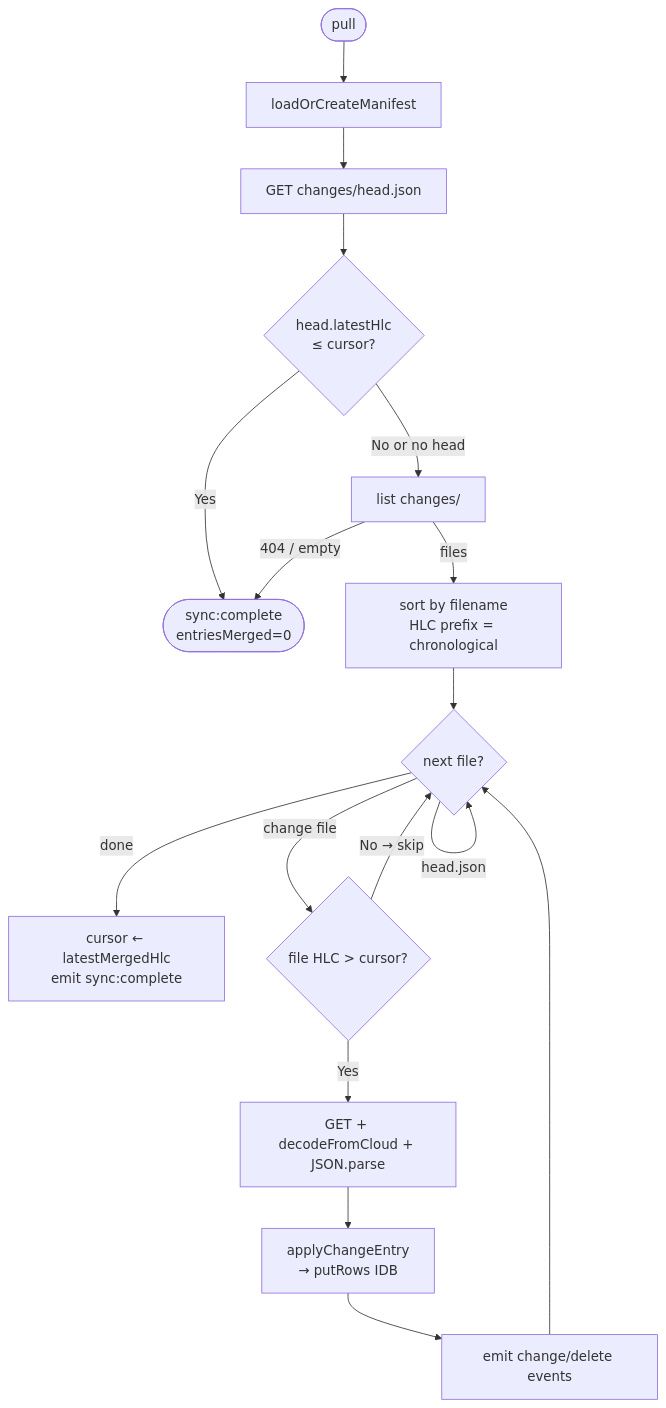
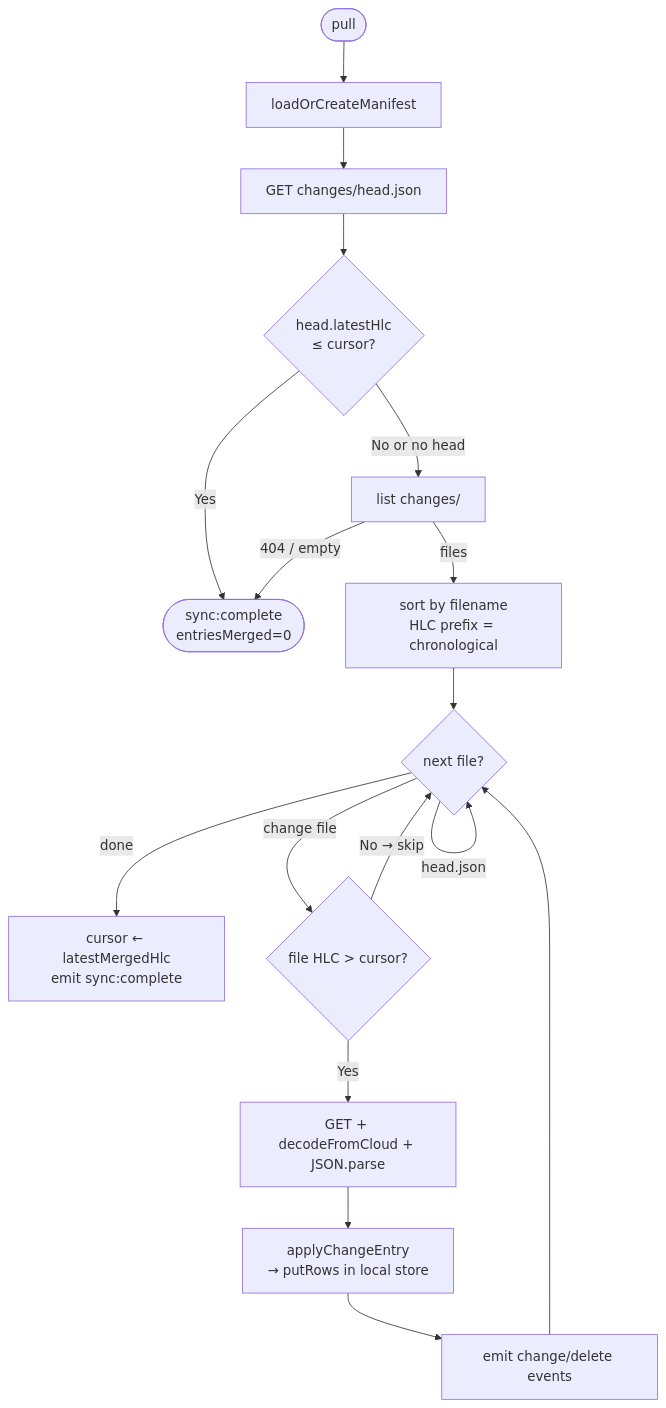
The first of 7 diagrams in docs/flows.md (Machine-Garden/interocitor), drawn with Mermaid before and after one commit. The commit also changed other lines of this file and 107 other files, not shown here.

````diff
--- a/docs/flows.md
+++ b/docs/flows.md
@@ -7,19 +11,19 @@
 ```mermaid
 flowchart TD
     A([pull]) --> B[loadOrCreateManifest]
     B --> C[GET changes/head.json]
     C --> D{head.latestHlc\n≤ cursor?}
     D -- Yes --> SKIP([sync:complete\nentriesMerged=0])
     D -- No or no head --> F[list changes/]
     F -- 404 / empty --> SKIP
     F -- files --> G[sort by filename\nHLC prefix = chronological]
     G --> H{next file?}
     H -- done --> I[cursor ← latestMergedHlc\nemit sync:complete]
     H -- head.json --> H
     H -- change file --> J{file HLC > cursor?}
     J -- No → skip --> H
     J -- Yes --> K[GET + decodeFromCloud + JSON.parse]
-    K --> L[applyChangeEntry\n→ putRows IDB]
+    K --> L[applyChangeEntry\n→ putRows in local store]
     L --> M[emit change/delete events]
     M --> H
 ```
````
